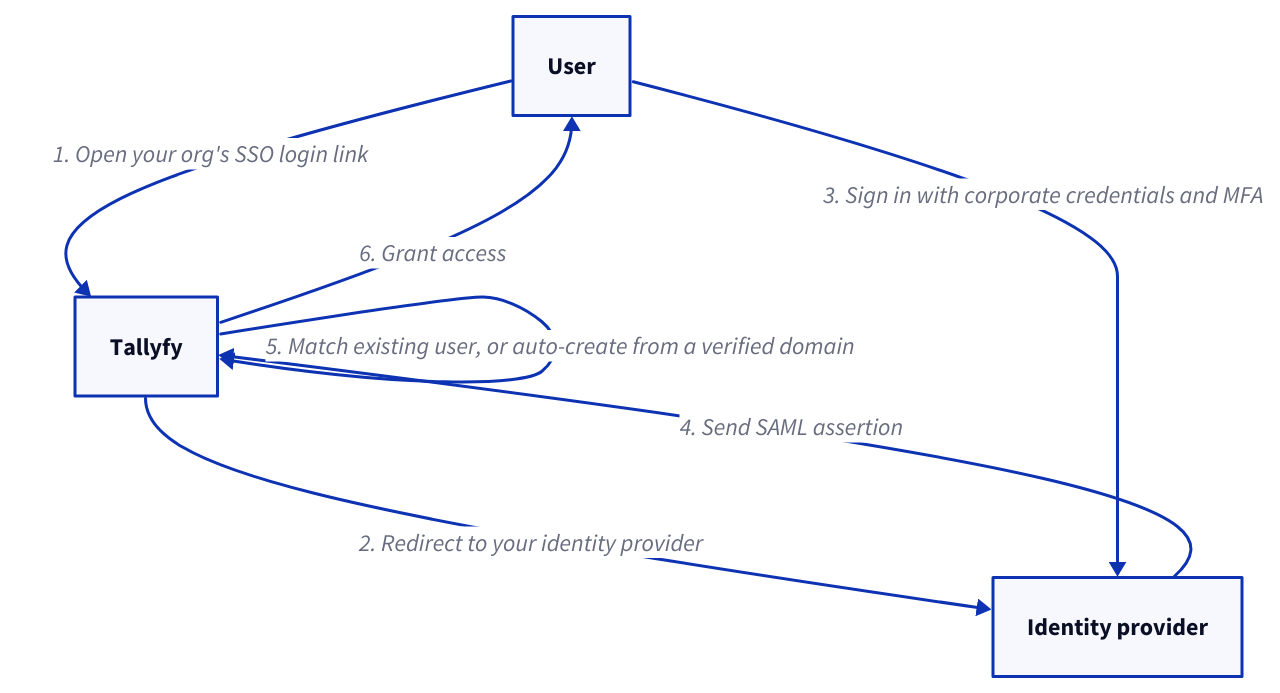
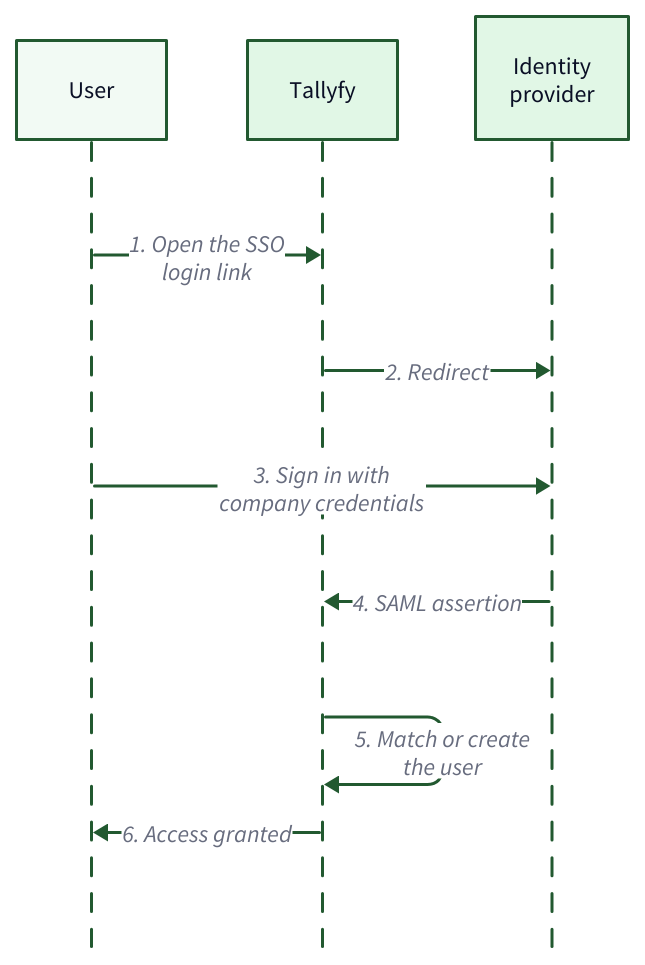
Before and after one commit to tallyfy/documentation: the diagram in src/content/docs/pro/integrations/authentication/index.mdx, drawn with D2. The commit also changed 12 other files, not shown here.

````diff
--- a/src/content/docs/pro/integrations/authentication/index.mdx
+++ b/src/content/docs/pro/integrations/authentication/index.mdx
@@ -135,12 +135,36 @@
 ```d2
-User: User
-Tallyfy: Tallyfy
-IdP: Identity provider
+# What happens when someone logs in with SSO
+shape: sequence_diagram
 
-User -> Tallyfy: 1. Open your org's SSO login link
-Tallyfy -> IdP: 2. Redirect to your identity provider
-User -> IdP: 3. Sign in with corporate credentials and MFA
-IdP -> Tallyfy: 4. Send SAML assertion
-Tallyfy -> Tallyfy: 5. Match existing user, or auto-create from a verified domain
-Tallyfy -> User: 6. Grant access
+User: "User" {
+  style.fill: "#f2faf4"
+  style.stroke: "#225930"
+}
+Tallyfy: "Tallyfy" {
+  style.fill: "#e1f7e6"
+  style.stroke: "#225930"
+}
+IdP: "Identity\nprovider" {
+  style.fill: "#e1f7e6"
+  style.stroke: "#225930"
+}
+
+User -> Tallyfy: "1. Open the SSO\nlogin link" {
+  style.stroke: "#225930"
+}
+Tallyfy -> IdP: "2. Redirect" {
+  style.stroke: "#225930"
+}
+User -> IdP: "3. Sign in with\ncompany credentials" {
+  style.stroke: "#225930"
+}
+IdP -> Tallyfy: "4. SAML assertion" {
+  style.stroke: "#225930"
+}
+Tallyfy -> Tallyfy: "5. Match or create\nthe user" {
+  style.stroke: "#225930"
+}
+Tallyfy -> User: "6. Access granted" {
+  style.stroke: "#225930"
+}
 ```
````
